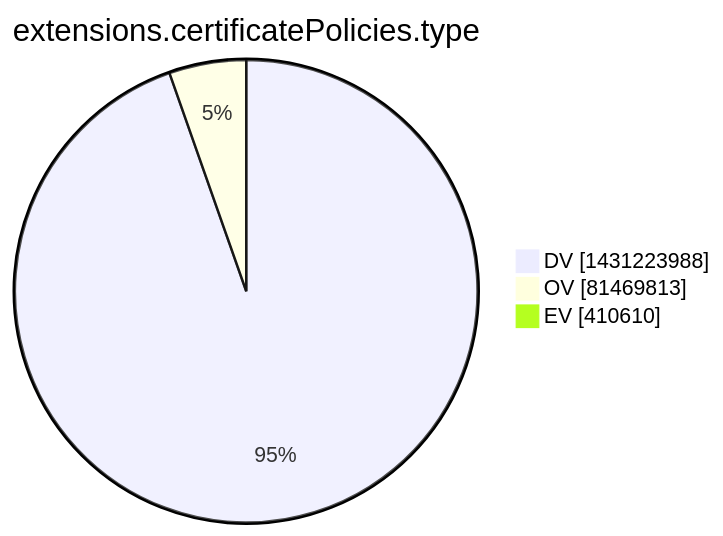
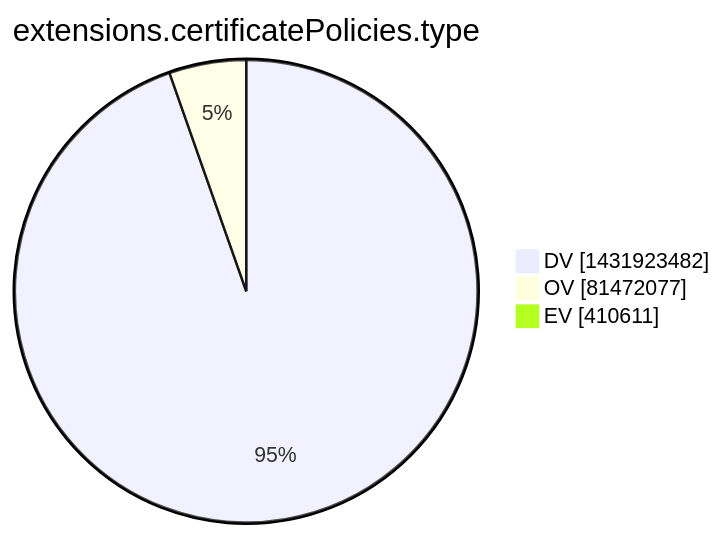
One commit to christiankrug/ctmonitor_visualization changed the tenth of 15 diagrams in xenon2022/README.md. Above: the diagram before and after it, drawn with Mermaid. The commit also changed other lines of this file, not shown here.

````diff
--- a/xenon2022/README.md
+++ b/xenon2022/README.md
@@ -2867,7 +2867,7 @@
 ```mermaid
 pie showData
 title extensions.certificatePolicies.type
-"DV" :1431223988
-"OV" :81469813
-"EV" :410610
+"DV" :1431923482
+"OV" :81472077
+"EV" :410611
 ```
````
